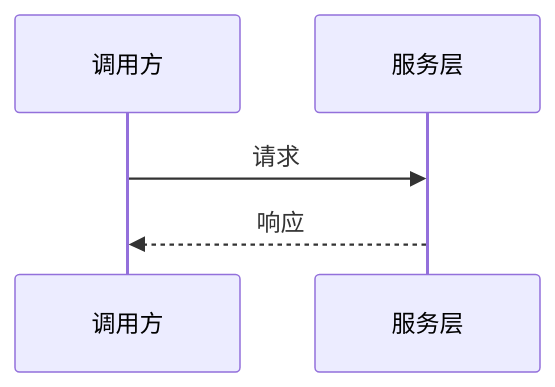
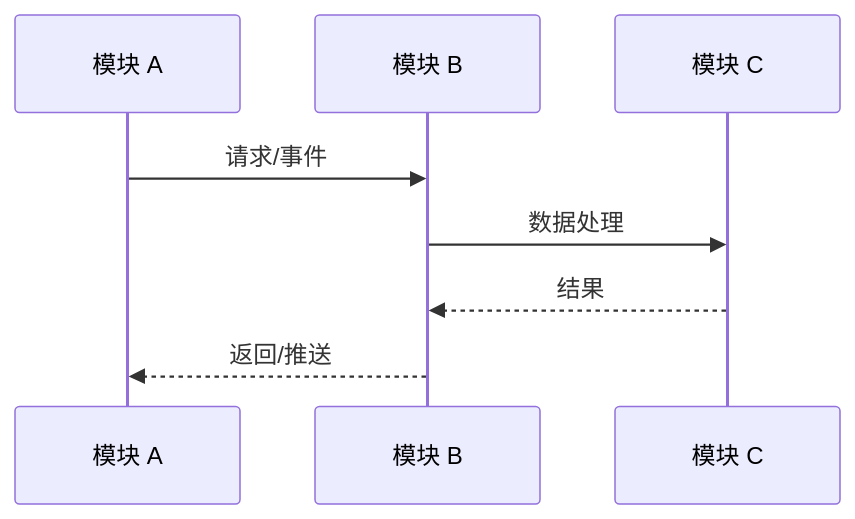
One commit to YuanLiChu/edan-spec changed the ninth of 9 diagrams in skills/edanspec-design-review/templates/design-review-template.md. Above: the diagram before and after it, drawn with Mermaid. The commit also changed other lines of this file and 11 other files, not shown here.

````diff
--- a/skills/edanspec-design-review/templates/design-review-template.md
+++ b/skills/edanspec-design-review/templates/design-review-template.md
@@ -147,7 +308,10 @@
 ```mermaid
 sequenceDiagram
-    participant A as 调用方
-    participant B as 服务层
-    A->>B: 请求
-    B-->>A: 响应
+    participant M1 as 模块 A
+    participant M2 as 模块 B
+    participant M3 as 模块 C
+    M1->>M2: 请求/事件
+    M2->>M3: 数据处理
+    M3-->>M2: 结果
+    M2-->>M1: 返回/推送
 ```
````
